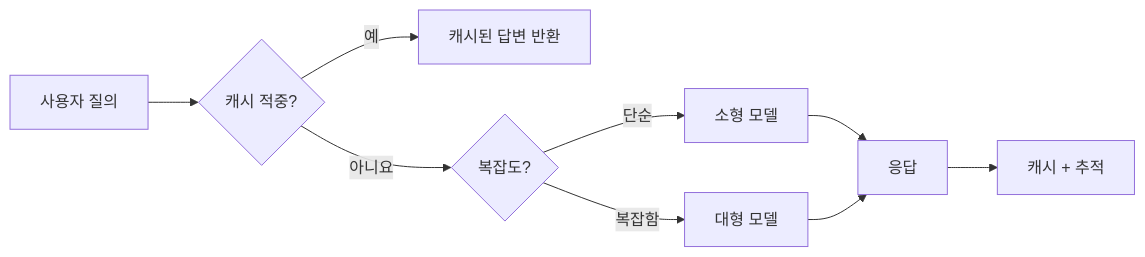
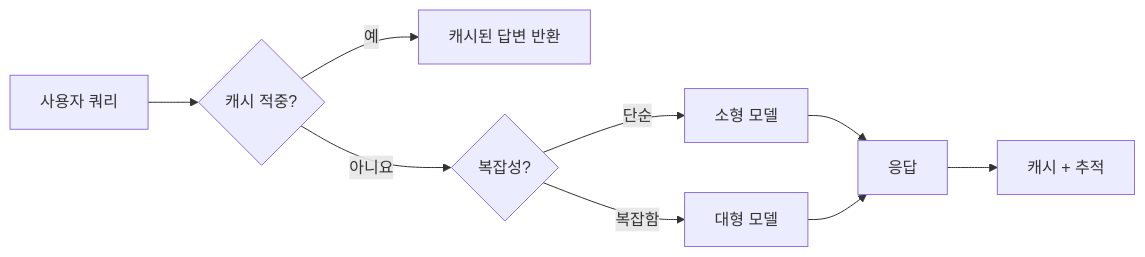
One commit to gabrielmoreira/agent-skills-mirror changed the third of 4 diagrams in mirrors/repos/microsoft@ai-agents-for-beginners/translations/ko/16-deploying-scalable-agents/README.md. Above: the diagram before and after it, drawn with Mermaid. The commit also changed other lines of this file and 3581 other files, not shown here.

````diff
--- a/mirrors/repos/microsoft@ai-agents-for-beginners/translations/ko/16-deploying-scalable-agents/README.md
+++ b/mirrors/repos/microsoft@ai-agents-for-beginners/translations/ko/16-deploying-scalable-agents/README.md
@@ -134,11 +134,11 @@
 ```mermaid
 flowchart LR
-    Q[사용자 질의] --> C{캐시 적중?}
+    Q[사용자 쿼리] --> C{캐시 적중?}
     C -->|예| R[캐시된 답변 반환]
-    C -->|아니요| Router{복잡도?}
+    C -->|아니요| Router{복잡성?}
     Router -->|단순| SLM[소형 모델]
     Router -->|복잡함| LLM[대형 모델]
     SLM --> Out[응답]
     LLM --> Out
     Out --> Store[캐시 + 추적]
 ```
````
